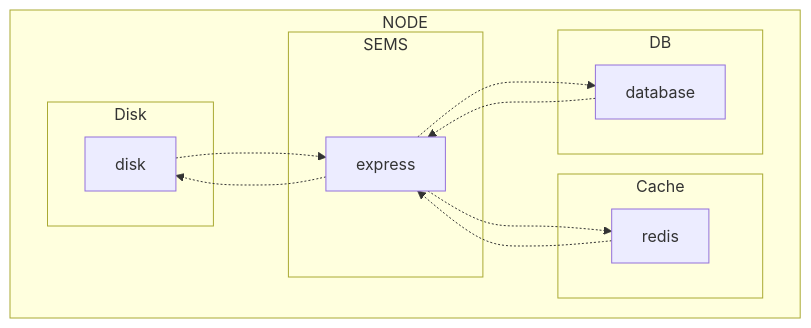
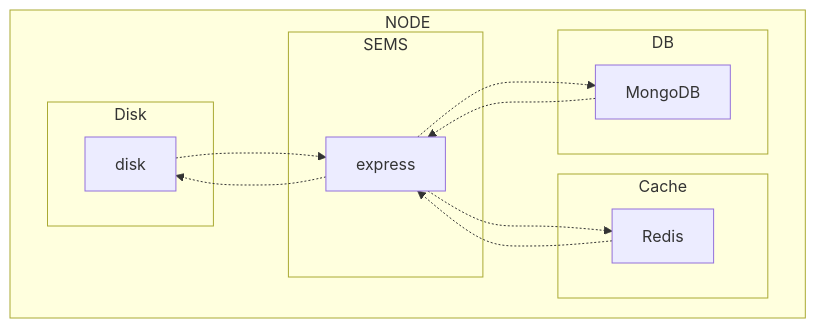
Before and after one commit to yunu7067/simple-express-media-server: the diagram in README.md, drawn with Mermaid.

````diff
--- a/README.md
+++ b/README.md
@@ -5,28 +5,28 @@
 ```mermaid
 flowchart TB
   subgraph NODE
 
     subgraph SEMS
         express
     end
     subgraph DB
-        database
+        MongoDB
     end
     subgraph Cache
-        redis
+        Redis
     end
     subgraph Disk
         disk
     end
 
-    express -.-> database
-    database -.-> express
+    express -.-> MongoDB
+    MongoDB -.-> express
 
+    express -.-> Redis
+    Redis -.-> express
     express -.-> disk
     disk -.-> express
 
-    express -.-> redis
-    redis -.-> express
 
   end
 ```
````
